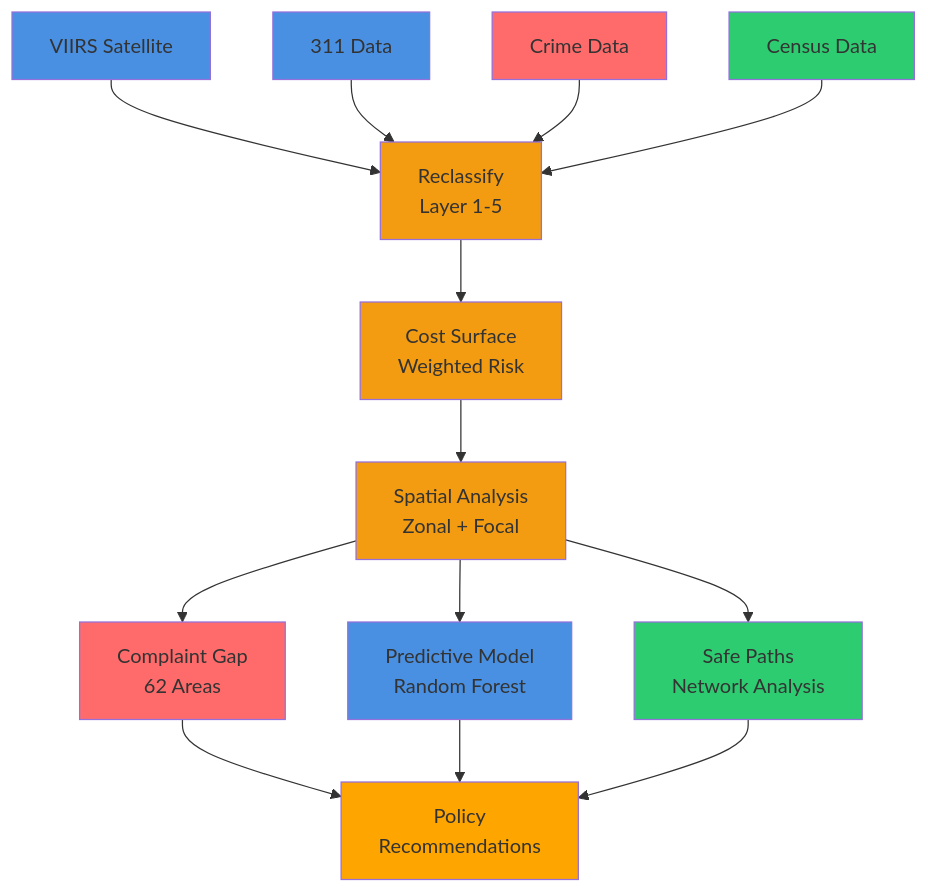
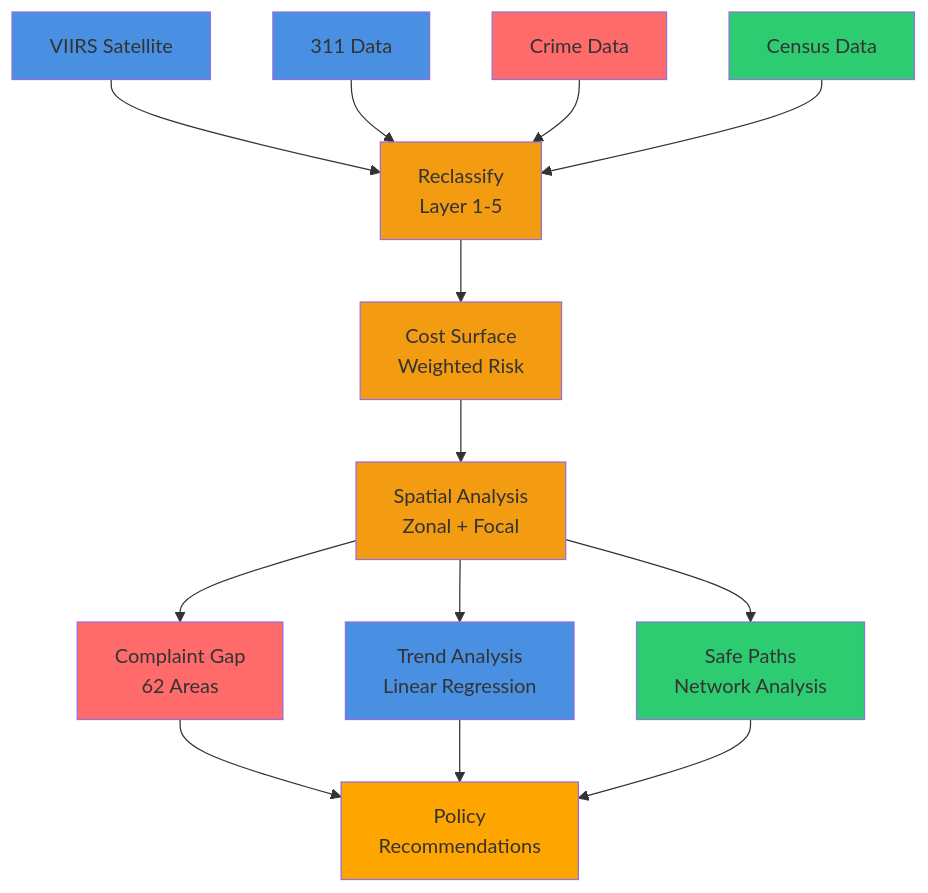
One commit to YanyangChen-penn/Python_team_project changed the diagram in data.qmd. Above: the diagram before and after it, drawn with Mermaid. The commit also changed other lines of this file and 54 other files, not shown here.

````diff
--- a/data.qmd
+++ b/data.qmd
@@ -119,32 +119,32 @@
 ```{mermaid}
 %%| fig-width: 10
 graph TD
     A[VIIRS Satellite] --> E[Reclassify<br/>Layer 1-5]
     B[311 Data] --> E
     C[Crime Data] --> E
     D[Census Data] --> E
     
     E --> F[Cost Surface<br/>Weighted Risk]
     
     F --> G[Spatial Analysis<br/>Zonal + Focal]
     
     G --> H[Complaint Gap<br/>62 Areas]
-    G --> I[Predictive Model<br/>Random Forest]
+    G --> I[Trend Analysis<br/>Linear Regression]
     G --> J[Safe Paths<br/>Network Analysis]
     
     H --> K[Policy<br/>Recommendations]
     I --> K
     J --> K
     
     style A fill:#4A90E2
     style B fill:#4A90E2
     style C fill:#FF6B6B
     style D fill:#2ECC71
     style E fill:#F39C12
     style F fill:#F39C12
     style G fill:#F39C12
     style H fill:#FF6B6B
     style I fill:#4A90E2
     style J fill:#2ECC71
     style K fill:#FFA500
 ```
````
